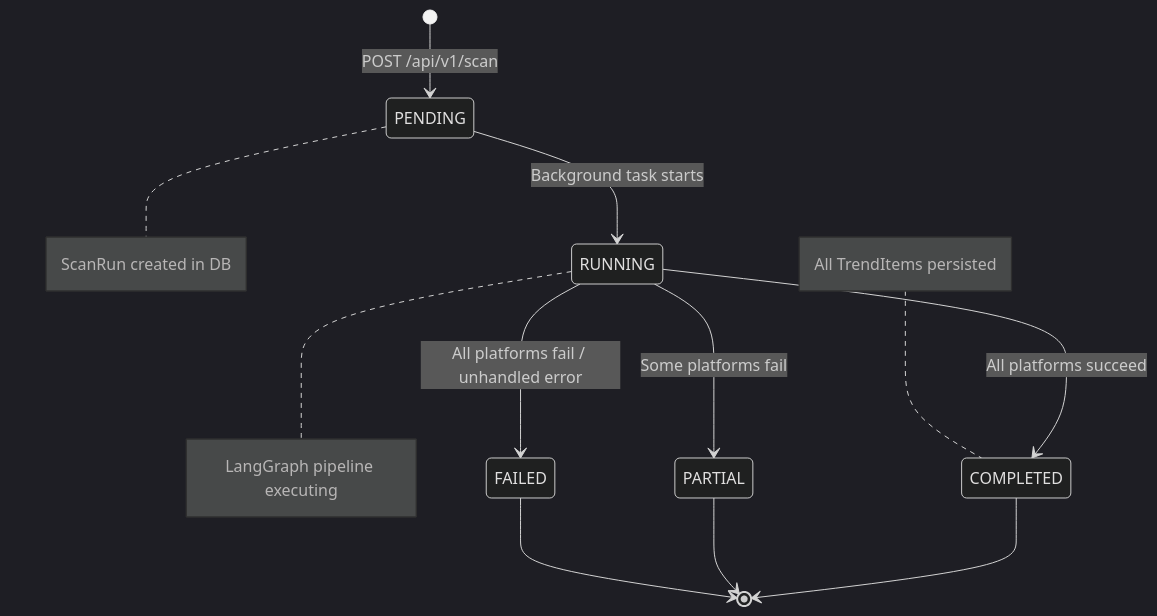
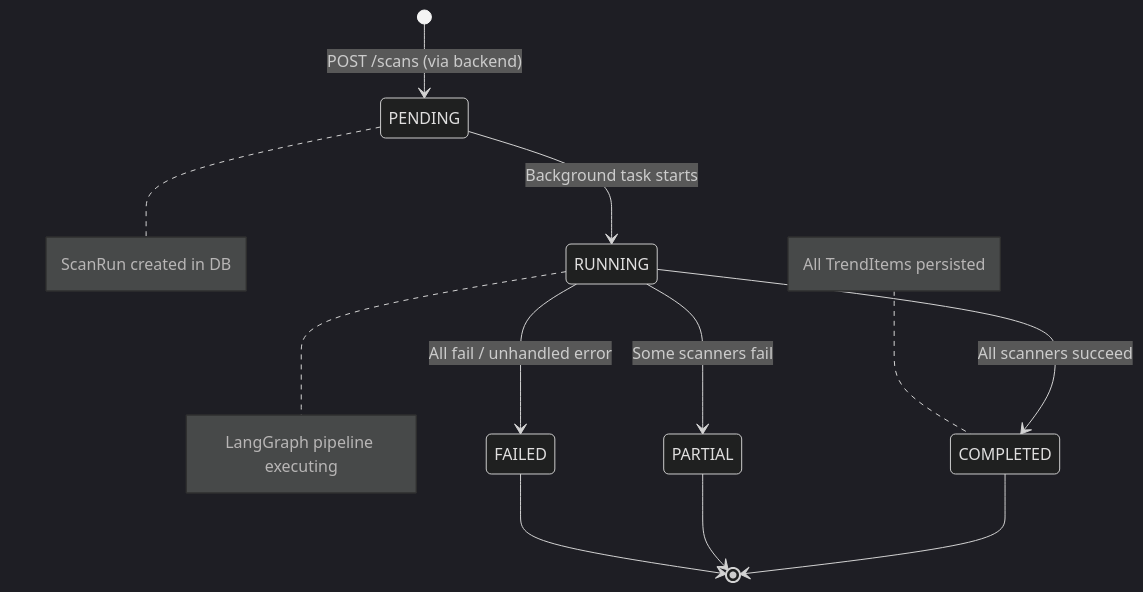
Before and after one commit to minhduc59/marketing-content_create-multi_agent: the ninth of 12 diagrams in docs/architecture-diagrams.md, drawn with Mermaid (dark theme). The commit also changed other lines of this file and 96 other files, not shown here.

Commit message:
Building the structure of FE and integrate API with backend-service

````diff
--- a/docs/architecture-diagrams.md
+++ b/docs/architecture-diagrams.md
@@ -443,18 +581,18 @@
 ```mermaid
 stateDiagram-v2
-    [*] --> PENDING: POST /api/v1/scan
+    [*] --> PENDING: POST /scans (via backend)
 
     PENDING --> RUNNING: Background task starts
 
-    RUNNING --> COMPLETED: All platforms succeed
-    RUNNING --> PARTIAL: Some platforms fail
-    RUNNING --> FAILED: All platforms fail / unhandled error
+    RUNNING --> COMPLETED: All scanners succeed
+    RUNNING --> PARTIAL: Some scanners fail
+    RUNNING --> FAILED: All fail / unhandled error
 
     COMPLETED --> [*]
     PARTIAL --> [*]
     FAILED --> [*]
 
     note right of PENDING: ScanRun created in DB
     note right of RUNNING: LangGraph pipeline executing
     note left of COMPLETED: All TrendItems persisted
 ```
````
